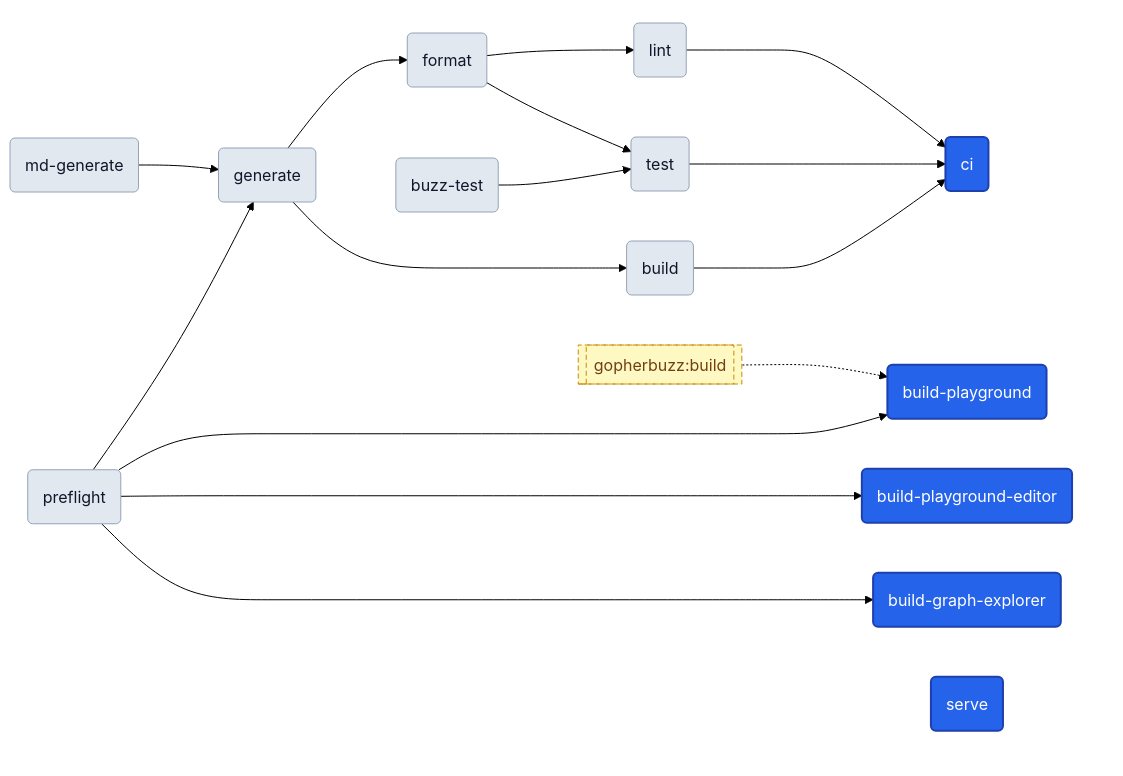
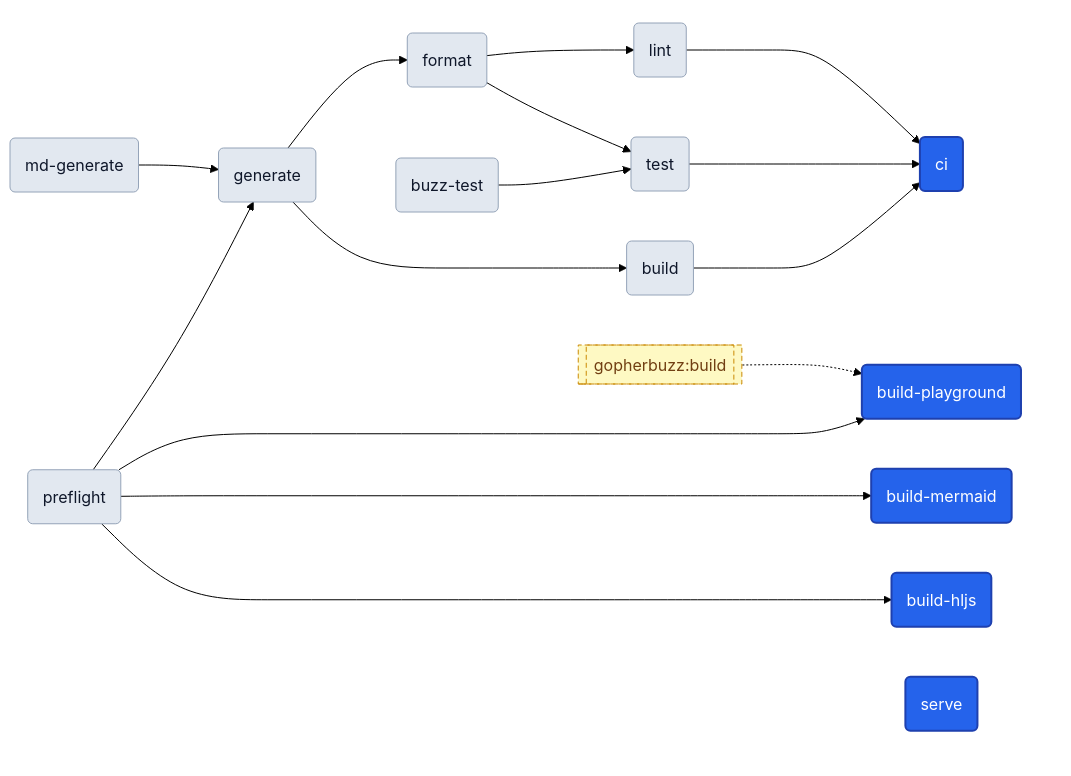
One commit to egladman/magus changed the seventh of 7 diagrams in MAGUS.md. Above: the diagram before and after it, drawn with Mermaid (forest theme). The commit also changed other lines of this file and 15 other files, not shown here.

Commit message:
add a target-graph flavor adapter to the explorer (detectFlavor, targetGraphToNodeLink, anchors, dashed cycles); add the symbol kind color and legend

````diff
--- a/MAGUS.md
+++ b/MAGUS.md
@@ -873,46 +873,46 @@
 ```mermaid
 ---
 config:
   flowchart:
     nodeSpacing: 50
     rankSpacing: 80
 ---
 graph LR
   subgraph entry_cluster[" "]
     ci("ci")
     build_playground("build-playground")
-    build_playground_editor("build-playground-editor")
-    build_graph_explorer("build-graph-explorer")
+    build_mermaid("build-mermaid")
+    build_hljs("build-hljs")
     serve("serve")
   end
   preflight("preflight")
   md_generate("md-generate")
   generate("generate")
   format("format")
   lint("lint")
   build("build")
   buzz_test("buzz-test")
   test("test")
   xt_gopherbuzz_build[["gopherbuzz:build"]]
   preflight --> generate
   md_generate --> generate
   generate --> format
   format --> lint
   generate --> build
   format --> test
   buzz_test --> test
   lint --> ci
   build --> ci
   test --> ci
   preflight --> build_playground
-  preflight --> build_playground_editor
-  preflight --> build_graph_explorer
+  preflight --> build_mermaid
+  preflight --> build_hljs
   xt_gopherbuzz_build -.-> build_playground
   classDef anchor fill:#2563eb,color:#ffffff,stroke:#1e40af,stroke-width:2px
   classDef target fill:#e2e8f0,color:#0f172a,stroke:#94a3b8
   classDef external fill:#fef9c3,color:#713f12,stroke:#ca8a04,stroke-dasharray:5 3
-  class build_graph_explorer,build_playground,build_playground_editor,ci,serve anchor
+  class build_hljs,build_mermaid,build_playground,ci,serve anchor
   class build,buzz_test,format,generate,lint,md_generate,preflight,test target
   class xt_gopherbuzz_build external
   style entry_cluster fill:transparent,stroke:transparent
 ```
````
